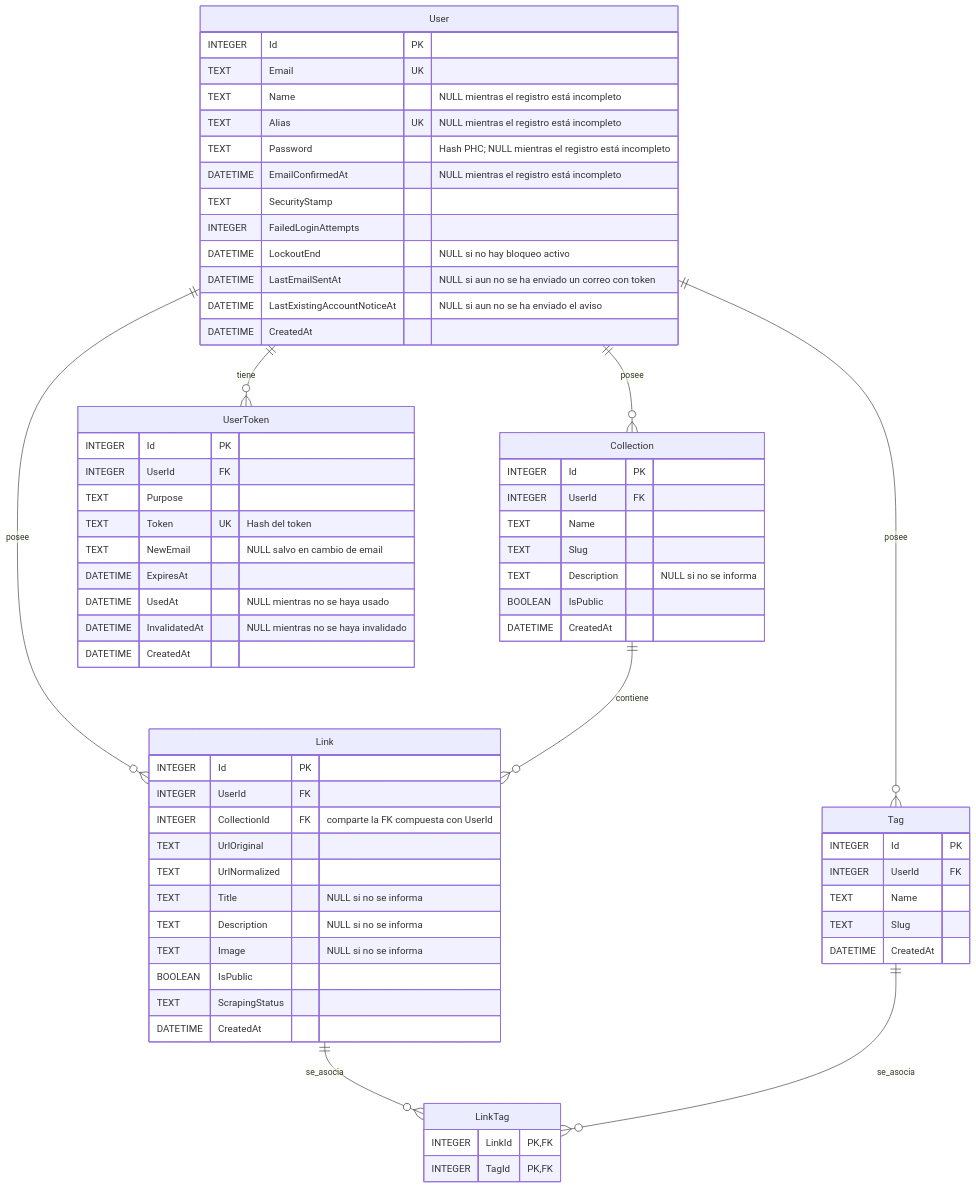
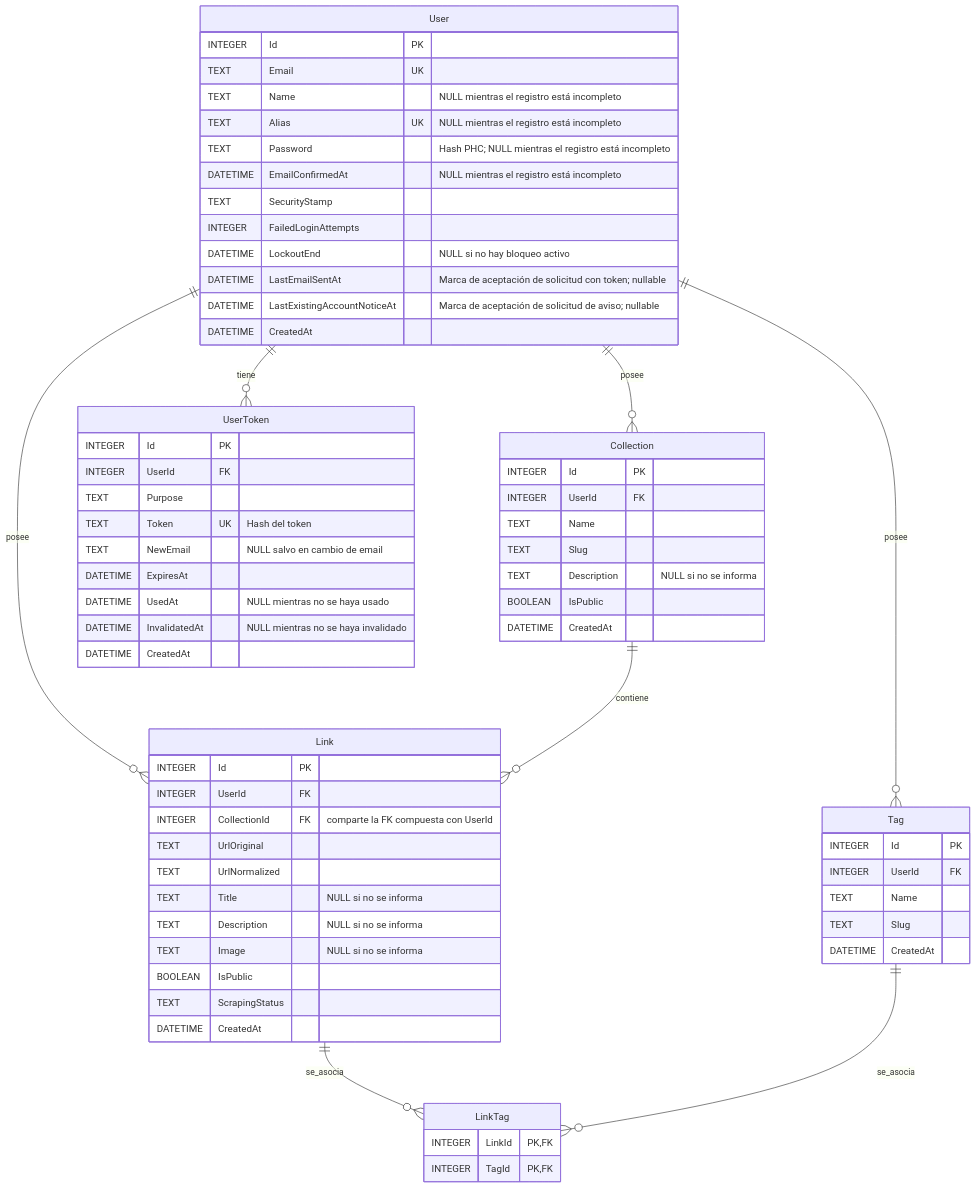
The diagram in context/diagrams/er-diagram.md (DaveSoftDev/Linkubator), drawn with Mermaid before and after one commit. The commit also changed other lines of this file and 298 other files, not shown here.

````diff
--- a/context/diagrams/er-diagram.md
+++ b/context/diagrams/er-diagram.md
@@ -9,74 +11,74 @@
 ```mermaid
 erDiagram
     User {
         INTEGER Id PK
         TEXT Email UK
         TEXT Name "NULL mientras el registro está incompleto"
         TEXT Alias UK "NULL mientras el registro está incompleto"
         TEXT Password "Hash PHC; NULL mientras el registro está incompleto"
         DATETIME EmailConfirmedAt "NULL mientras el registro está incompleto"
         TEXT SecurityStamp
         INTEGER FailedLoginAttempts
         DATETIME LockoutEnd "NULL si no hay bloqueo activo"
-        DATETIME LastEmailSentAt "NULL si aun no se ha enviado un correo con token"
-        DATETIME LastExistingAccountNoticeAt "NULL si aun no se ha enviado el aviso"
+        DATETIME LastEmailSentAt "Marca de aceptación de solicitud con token; nullable"
+        DATETIME LastExistingAccountNoticeAt "Marca de aceptación de solicitud de aviso; nullable"
         DATETIME CreatedAt
     }
 
     Collection {
         INTEGER Id PK
         INTEGER UserId FK
         TEXT Name
         TEXT Slug
         TEXT Description "NULL si no se informa"
         BOOLEAN IsPublic
         DATETIME CreatedAt
     }
 
     Link {
         INTEGER Id PK
         INTEGER UserId FK
         INTEGER CollectionId FK "comparte la FK compuesta con UserId"
         TEXT UrlOriginal
         TEXT UrlNormalized
         TEXT Title "NULL si no se informa"
         TEXT Description "NULL si no se informa"
         TEXT Image "NULL si no se informa"
         BOOLEAN IsPublic
         TEXT ScrapingStatus
         DATETIME CreatedAt
     }
 
     Tag {
         INTEGER Id PK
         INTEGER UserId FK
         TEXT Name
         TEXT Slug
         DATETIME CreatedAt
     }
 
     LinkTag {
         INTEGER LinkId PK, FK
         INTEGER TagId PK, FK
     }
 
     UserToken {
         INTEGER Id PK
         INTEGER UserId FK
         TEXT Purpose
         TEXT Token UK "Hash del token"
         TEXT NewEmail "NULL salvo en cambio de email"
         DATETIME ExpiresAt
         DATETIME UsedAt "NULL mientras no se haya usado"
         DATETIME InvalidatedAt "NULL mientras no se haya invalidado"
         DATETIME CreatedAt
     }
 
     User ||--o{ Collection : posee
     User ||--o{ Link : posee
     User ||--o{ Tag : posee
     User ||--o{ UserToken : tiene
     Collection ||--o{ Link : contiene
     Link ||--o{ LinkTag : se_asocia
     Tag ||--o{ LinkTag : se_asocia
 ```
````
